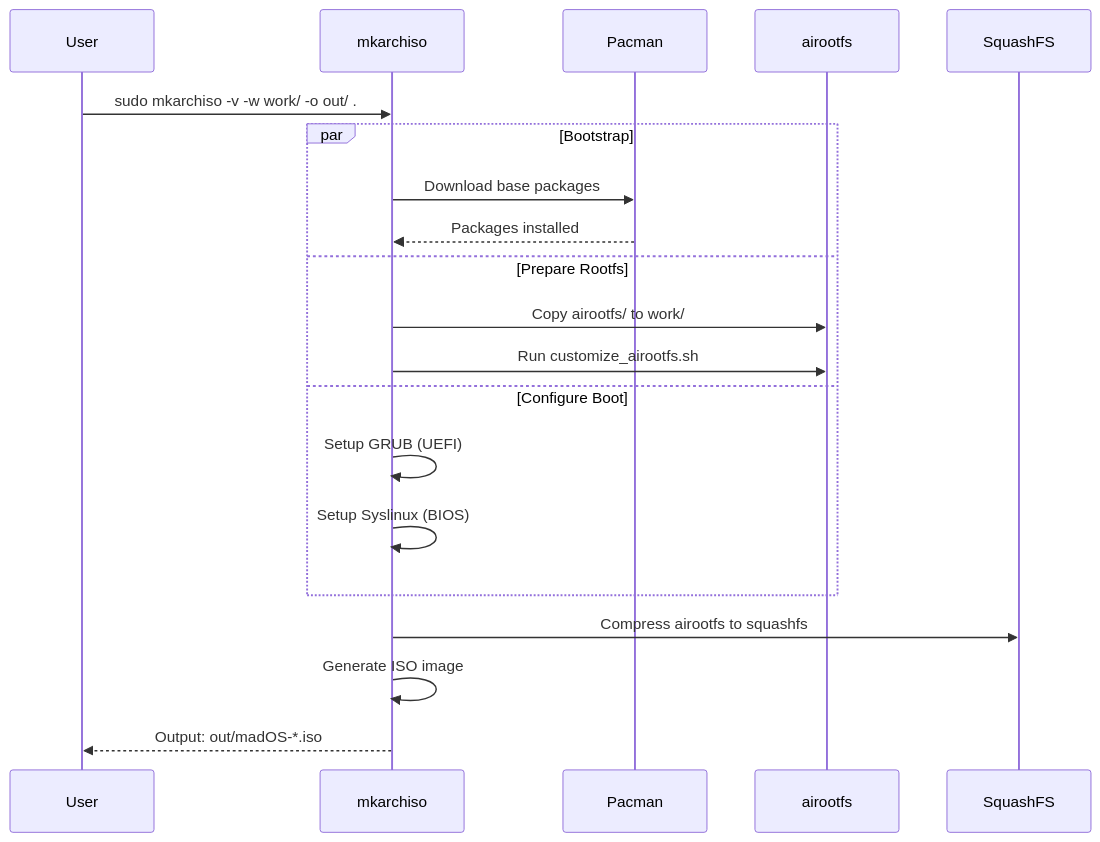
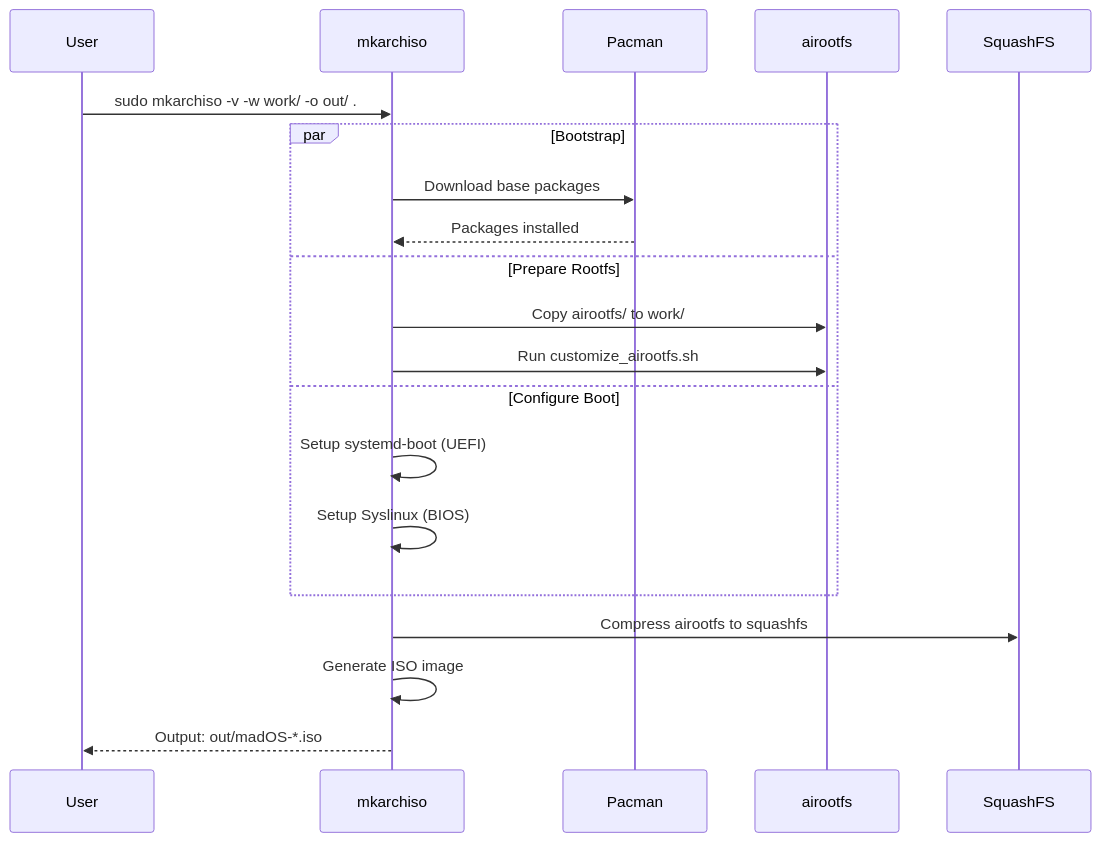
One commit to madoslinux/mad-os changed the first of 4 diagrams in docs/SEQUENCE_DIAGRAMS.md. Above: the diagram before and after it, drawn with Mermaid. The commit also changed other lines of this file and 83 other files, not shown here.

````diff
--- a/docs/SEQUENCE_DIAGRAMS.md
+++ b/docs/SEQUENCE_DIAGRAMS.md
@@ -7,25 +7,25 @@
 ```mermaid
 sequenceDiagram
     participant U as User
     participant M as mkarchiso
     participant P as Pacman
     participant A as airootfs
     participant S as SquashFS
 
     U->>M: sudo mkarchiso -v -w work/ -o out/ .
     
     par Bootstrap
         M->>P: Download base packages
         P-->>M: Packages installed
     and Prepare Rootfs
         M->>A: Copy airootfs/ to work/
         M->>A: Run customize_airootfs.sh
     and Configure Boot
-        M->>M: Setup GRUB (UEFI)
+        M->>M: Setup systemd-boot (UEFI)
         M->>M: Setup Syslinux (BIOS)
     end
     
     M->>S: Compress airootfs to squashfs
     M->>M: Generate ISO image
     M-->>U: Output: out/madOS-*.iso
 ```
````
